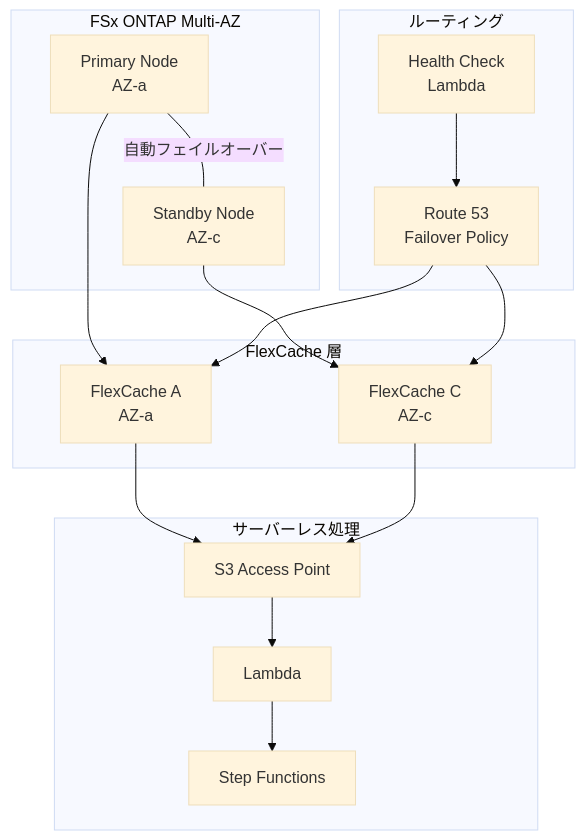
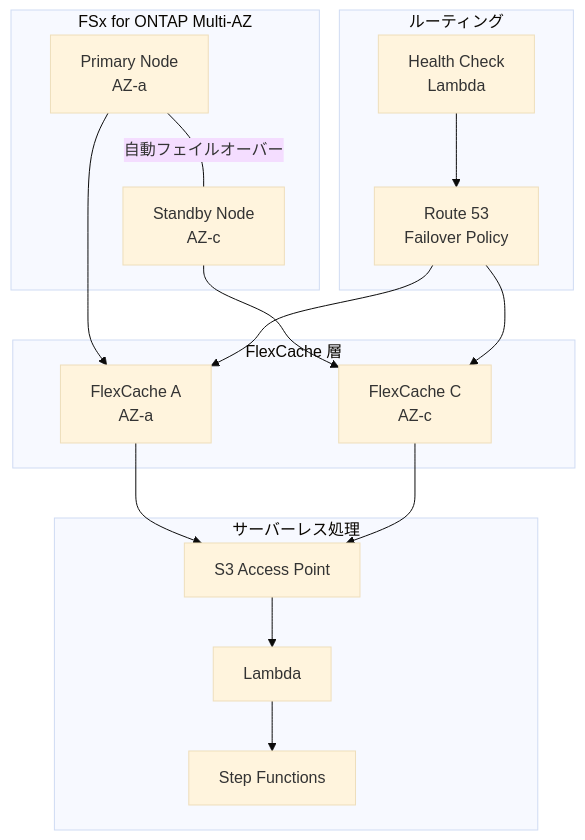
One commit to Yoshiki0705/FSx-for-ONTAP-S3AccessPoints-Serverless-Patterns changed the first of 3 diagrams in flexcache-anycast-dr/docs/disaster-recovery-patterns.md. Above: the diagram before and after it, drawn with Mermaid (base theme). The commit also changed other lines of this file and 752 other files, not shown here.

````diff
--- a/flexcache-anycast-dr/docs/disaster-recovery-patterns.md
+++ b/flexcache-anycast-dr/docs/disaster-recovery-patterns.md
@@ -13,29 +13,29 @@
 ```mermaid
 graph TB
-    subgraph "FSx ONTAP Multi-AZ"
+    subgraph "FSx for ONTAP Multi-AZ"
         PRIMARY[Primary Node<br/>AZ-a]
         STANDBY[Standby Node<br/>AZ-c]
         PRIMARY ---|自動フェイルオーバー| STANDBY
     end
     subgraph "FlexCache 層"
         CACHE_A[FlexCache A<br/>AZ-a]
         CACHE_C[FlexCache C<br/>AZ-c]
     end
     subgraph "ルーティング"
         R53[Route 53<br/>Failover Policy]
         HC[Health Check<br/>Lambda]
     end
     subgraph "サーバーレス処理"
         S3AP[S3 Access Point]
         LAMBDA[Lambda]
         SFN[Step Functions]
     end
     PRIMARY --> CACHE_A
     STANDBY --> CACHE_C
     R53 --> CACHE_A
     R53 --> CACHE_C
     HC --> R53
     CACHE_A --> S3AP
     CACHE_C --> S3AP
     S3AP --> LAMBDA --> SFN
 ```
````
